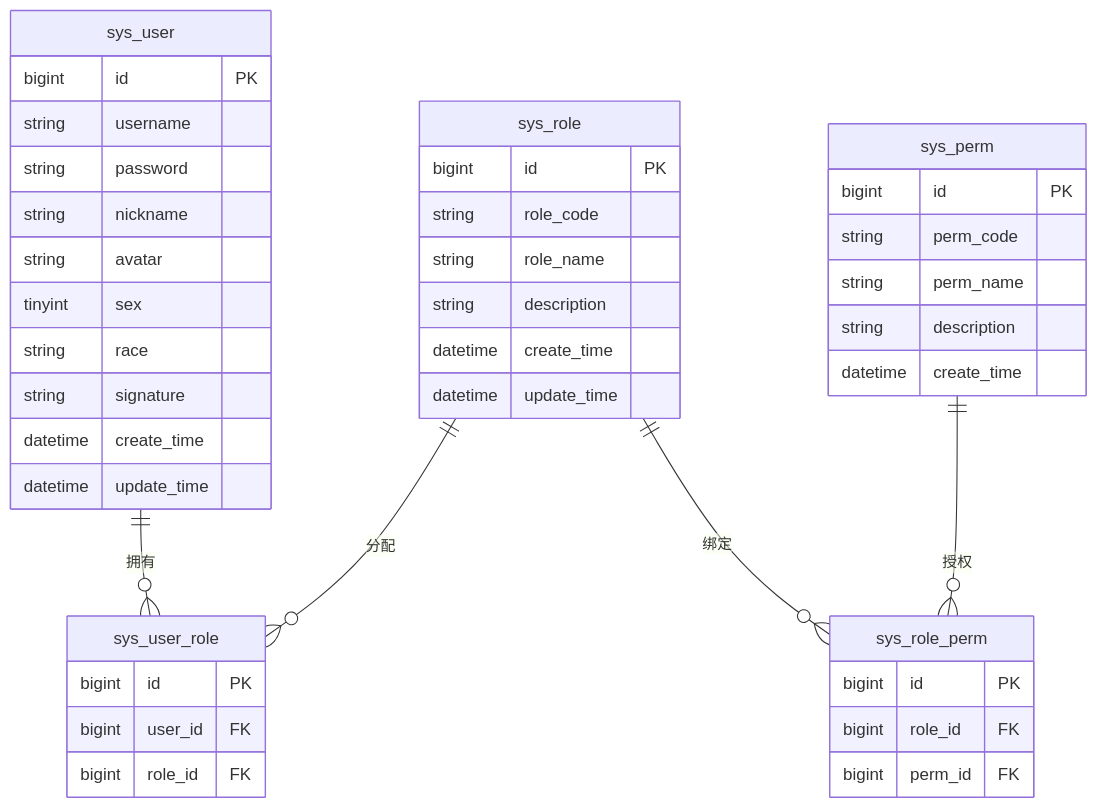
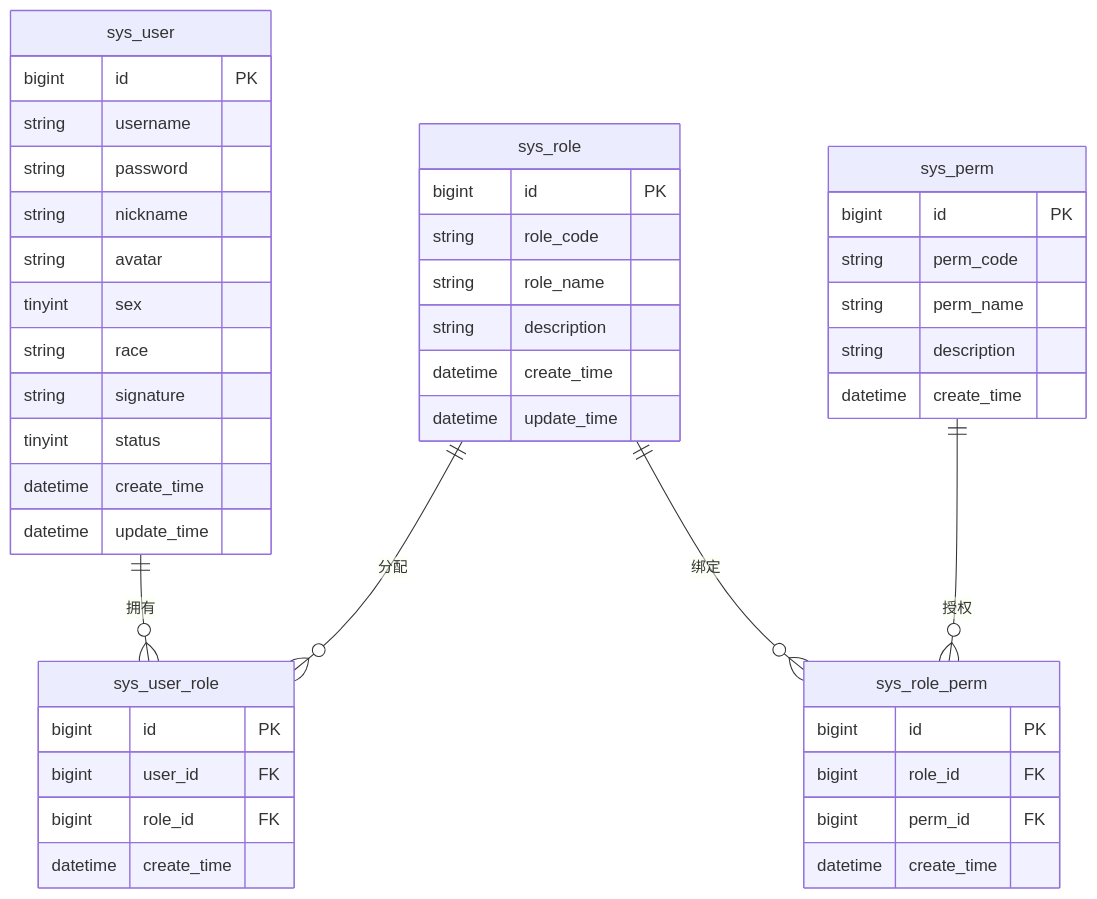
The first of 3 diagrams in docs/v0.3.0/FRMT BBS v0.3.0 PRD.md (Nobeta-Work/faramita-bbs), drawn with Mermaid before and after one commit. The commit also changed other lines of this file and 1 other file, not shown here.

````diff
--- a/docs/v0.3.0/FRMT BBS v0.3.0 PRD.md
+++ b/docs/v0.3.0/FRMT BBS v0.3.0 PRD.md
@@ -74,45 +74,48 @@
 ```mermaid
 erDiagram
     sys_user {
         bigint id PK
         string username
         string password
         string nickname
         string avatar
         tinyint sex
         string race
         string signature
+        tinyint status
         datetime create_time
         datetime update_time
     }
     sys_role {
         bigint id PK
         string role_code
         string role_name
         string description
         datetime create_time
         datetime update_time
     }
     sys_perm {
         bigint id PK
         string perm_code
         string perm_name
         string description
         datetime create_time
     }
     sys_user_role {
         bigint id PK
         bigint user_id FK
         bigint role_id FK
+        datetime create_time
     }
     sys_role_perm {
         bigint id PK
         bigint role_id FK
         bigint perm_id FK
+        datetime create_time
     }
   
     sys_user ||--o{ sys_user_role : 拥有
     sys_role ||--o{ sys_user_role : 分配
     sys_role ||--o{ sys_role_perm : 绑定
     sys_perm ||--o{ sys_role_perm : 授权
 ```
````
